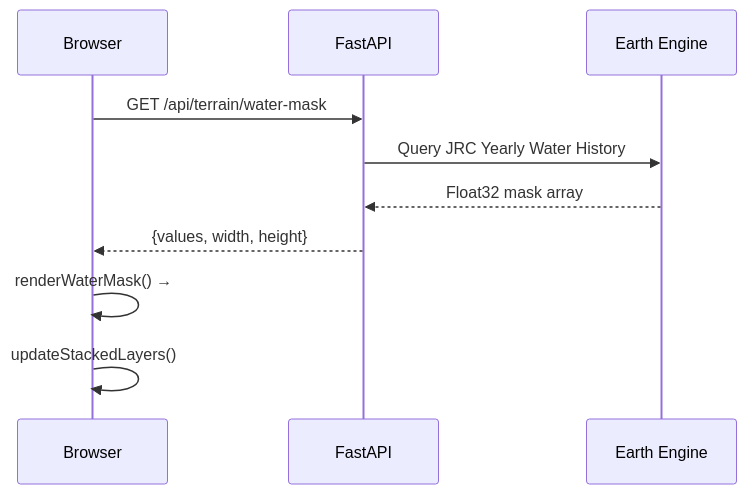
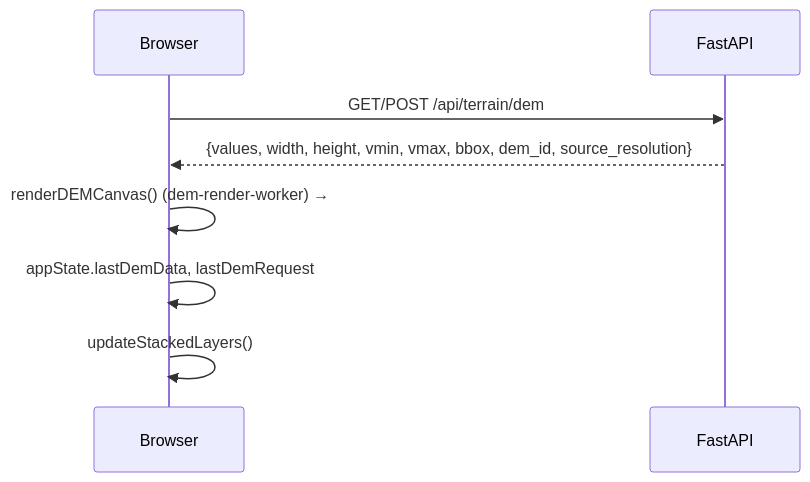
Before and after one commit to EdgarCardenasDeLaHoz/map2stl: the third of 7 diagrams in docs/reference/layer-system.md, drawn with Mermaid. The commit also changed other lines of this file and 314 other files, not shown here.

First line of the commit message:
Docs reorganized: one INDEX, guides/, reference/, decisions/, plans roadmap, research/, history/

````diff
--- a/docs/reference/layer-system.md
+++ b/docs/reference/layer-system.md
@@ -105,13 +111,10 @@
 ```mermaid
 sequenceDiagram
     participant FE as Browser
     participant BE as FastAPI
-    participant EE as Earth Engine
-
-    FE->>BE: GET /api/terrain/water-mask
-    BE->>EE: Query JRC Yearly Water History
-    EE-->>BE: Float32 mask array
-    BE-->>FE: {values, width, height}
-    FE->>FE: renderWaterMask() → #layerWaterCanvas
+    FE->>BE: GET/POST /api/terrain/dem
+    BE-->>FE: {values, width, height, vmin, vmax, bbox, dem_id, source_resolution}
+    FE->>FE: renderDEMCanvas() (dem-render-worker) → #demImage canvas
+    FE->>FE: appState.lastDemData, lastDemRequest
     FE->>FE: updateStackedLayers()
 ```
````
